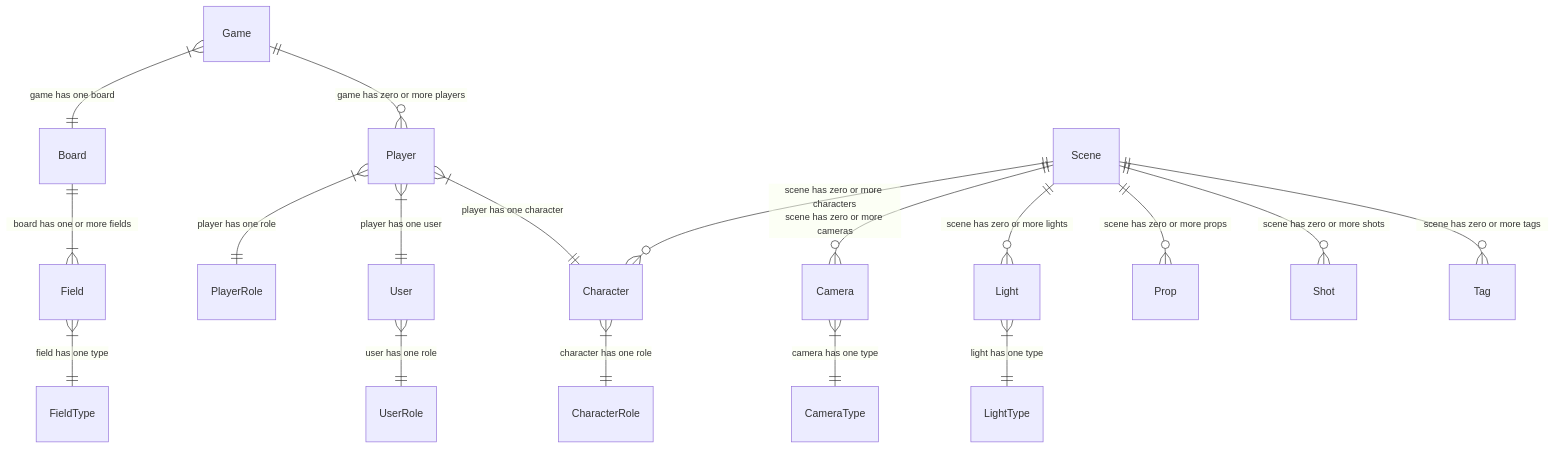
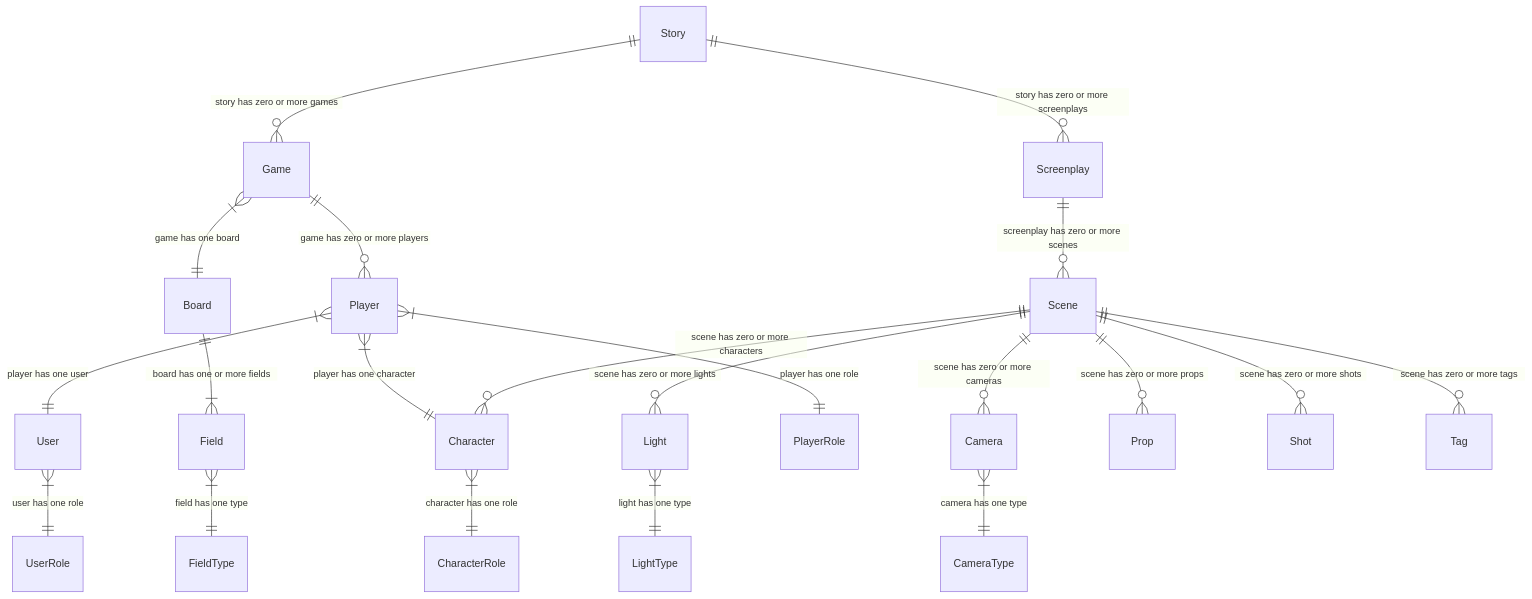
Before and after one commit to vanHeemstraSystems/flask-babylonjs: the diagram in 300/900/README.md, drawn with Mermaid.

````diff
--- a/300/900/README.md
+++ b/300/900/README.md
@@ -3,30 +3,33 @@
 ``` mermaid
 erDiagram
     Board ||--|{ Field : "board has one or more fields"
     Camera }|--|| CameraType : "camera has one type"
     CameraType
     Character }|--|| CharacterRole : "character has one role"
     CharacterRole
     Field }|--|| FieldType : "field has one type"
     Field
     FieldType
     Game }|--|| Board : "game has one board"
     Game ||--o{ Player : "game has zero or more players"
     Light }|--|| LightType : "light has one type"
     LightType
     Player }|--|| PlayerRole : "player has one role"
     Player }|--|| User : "player has one user"  
     Player }|--|| Character : "player has one character"  
     PlayerRole
     Prop
+    Screenplay ||--o{ Scene : "screenplay has zero or more scenes"
     Scene ||--o{ Character : "scene has zero or more characters"
     Scene ||--o{ Camera : "scene has zero or more cameras"
     Scene ||--o{ Light : "scene has zero or more lights"
     Scene ||--o{ Prop : "scene has zero or more props"
     Scene ||--o{ Shot : "scene has zero or more shots"    
     Scene ||--o{ Tag : "scene has zero or more tags"
     Shot
+    Story ||--o{ Screenplay : "story has zero or more screenplays"
+    Story ||--o{ Game : "story has zero or more games"    
     Tag
     User }|--|| UserRole : "user has one role"
     UserRole
 ```
````
